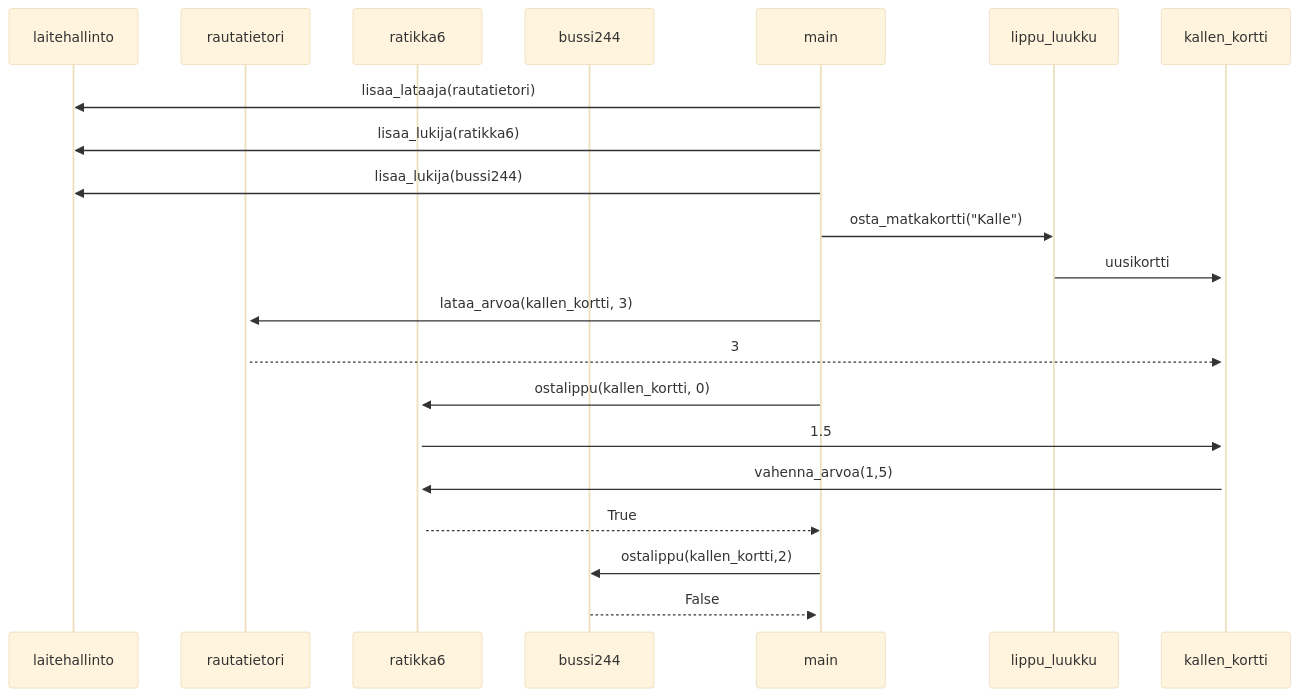
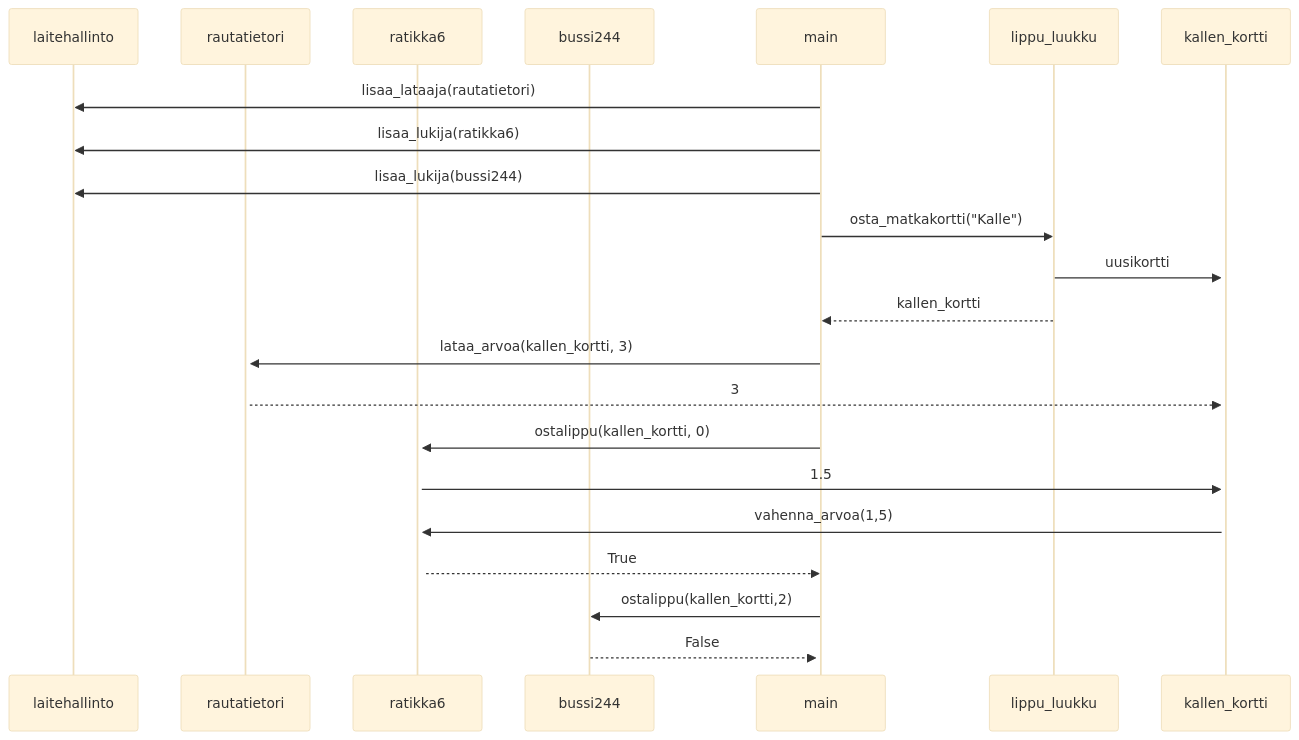
Before and after one commit to anjovir/ot-harjoitustyo: the diagram in laskarit/viikko3/hsl-matkakortti.md, drawn with Mermaid (base theme).

Commit message:
Updated exercise2

````diff
--- a/laskarit/viikko3/hsl-matkakortti.md
+++ b/laskarit/viikko3/hsl-matkakortti.md
@@ -1,24 +1,25 @@
 ```mermaid
 sequenceDiagram
    participant L as laitehallinto
    participant R as rautatietori
    participant R6 as ratikka6
    participant B as bussi244
 
    main->>L: lisaa_lataaja(rautatietori)
    main->>L: lisaa_lukija(ratikka6)
    main->>L: lisaa_lukija(bussi244)
 
    participant Li as lippu_luukku
    main->>Li: osta_matkakortti("Kalle")
    Li->>+kallen_kortti: uusikortti
+   Li-->>main: kallen_kortti
    main->>+R: lataa_arvoa(kallen_kortti, 3)
    R-->>kallen_kortti: 3
    main->>+R6: ostalippu(kallen_kortti, 0)
    R6->>+kallen_kortti: 1.5
    kallen_kortti->>+R6: vahenna_arvoa(1,5)
    R6 -->>main: True
    main->>B: ostalippu(kallen_kortti,2)
    B -->>+main: False
 
 ```
````
